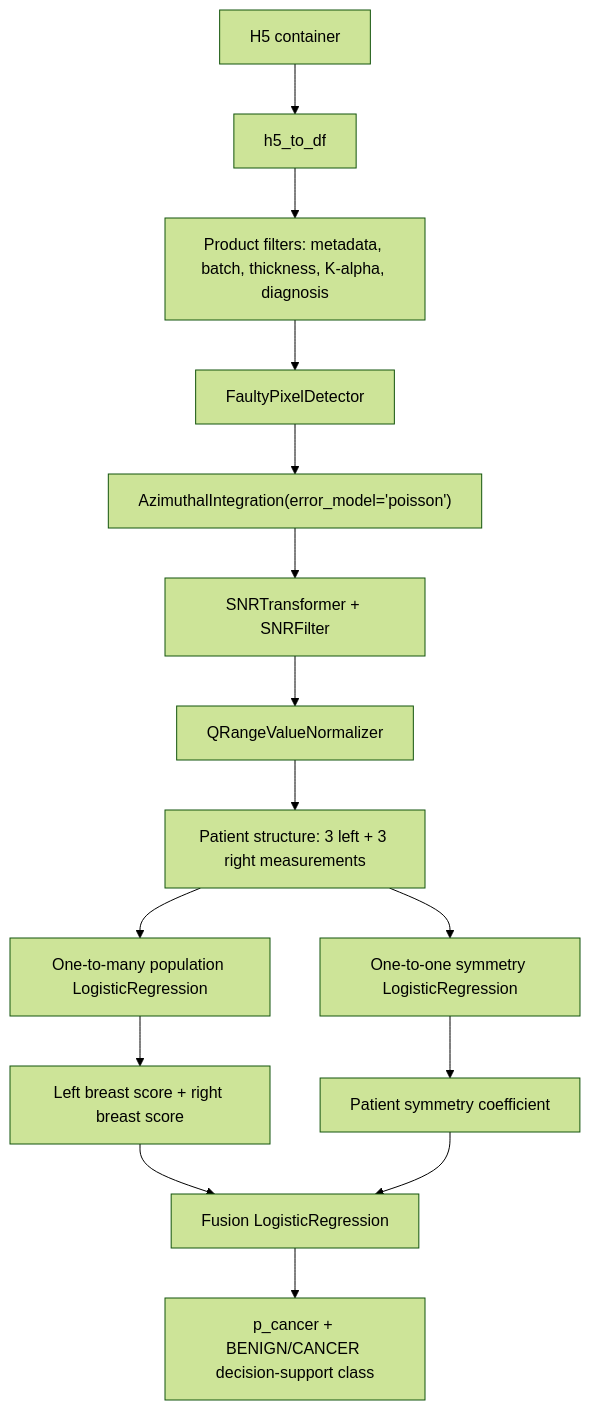
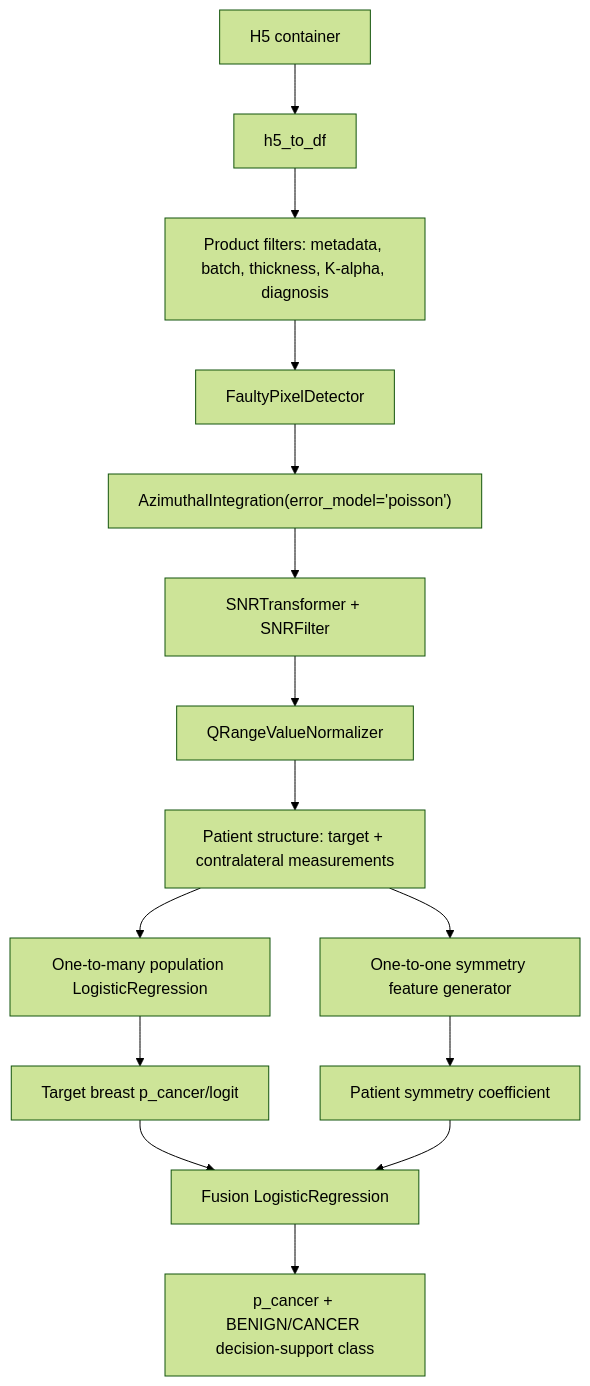
The diagram in docs/machine_learning_concept.md (Eos-Dx/Bremen), drawn with Mermaid (forest theme) before and after one commit. The commit also changed other lines of this file and 26 other files, not shown here.

````diff
--- a/docs/machine_learning_concept.md
+++ b/docs/machine_learning_concept.md
@@ -312,17 +464,17 @@
 ```mermaid
 flowchart TD
     A["H5 container"] --> B["h5_to_df"]
     B --> C["Product filters: metadata, batch, thickness, K-alpha, diagnosis"]
     C --> D["FaultyPixelDetector"]
     D --> E["AzimuthalIntegration(error_model='poisson')"]
     E --> F["SNRTransformer + SNRFilter"]
     F --> G["QRangeValueNormalizer"]
-    G --> H["Patient structure: 3 left + 3 right measurements"]
+    G --> H["Patient structure: target + contralateral measurements"]
     H --> I["One-to-many population LogisticRegression"]
-    H --> J["One-to-one symmetry LogisticRegression"]
-    I --> I1["Left breast score + right breast score"]
+    H --> J["One-to-one symmetry feature generator"]
+    I --> I1["Target breast p_cancer/logit"]
     J --> J1["Patient symmetry coefficient"]
     I1 --> K["Fusion LogisticRegression"]
     J1 --> K
     K --> L["p_cancer + BENIGN/CANCER decision-support class"]
 ```
````
